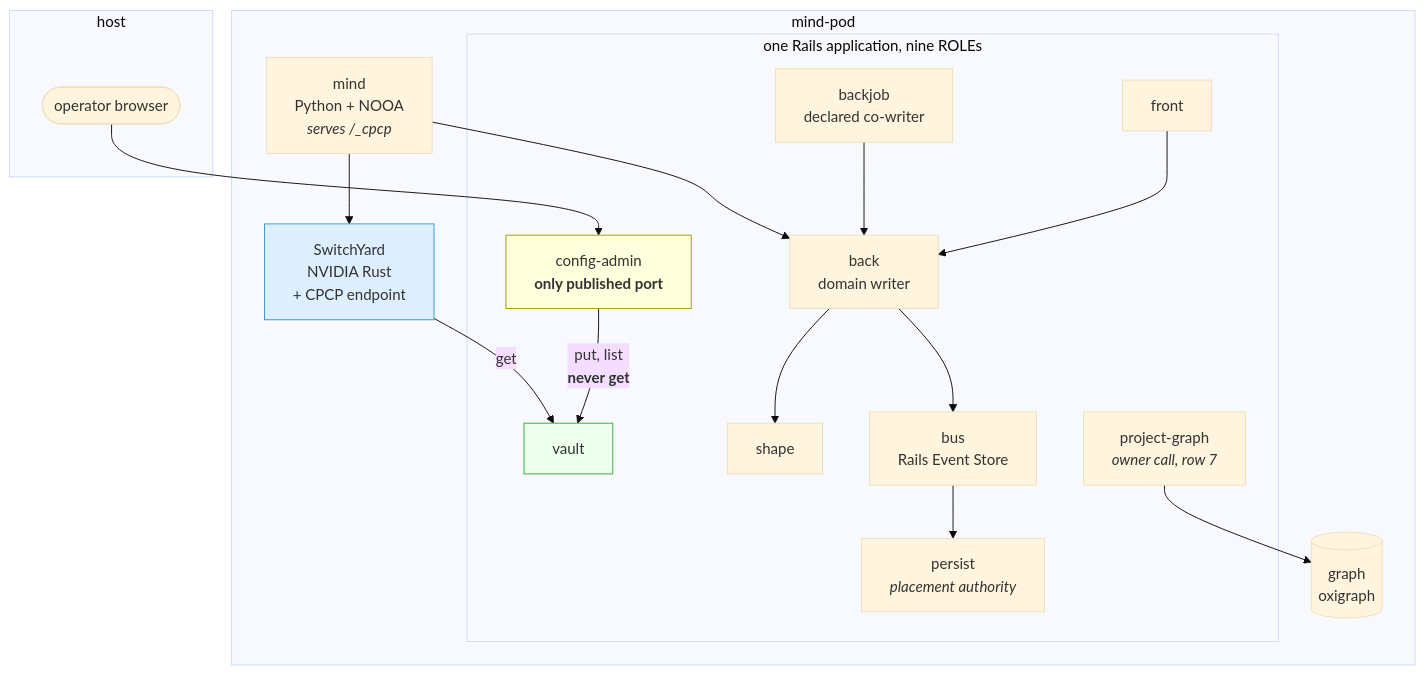
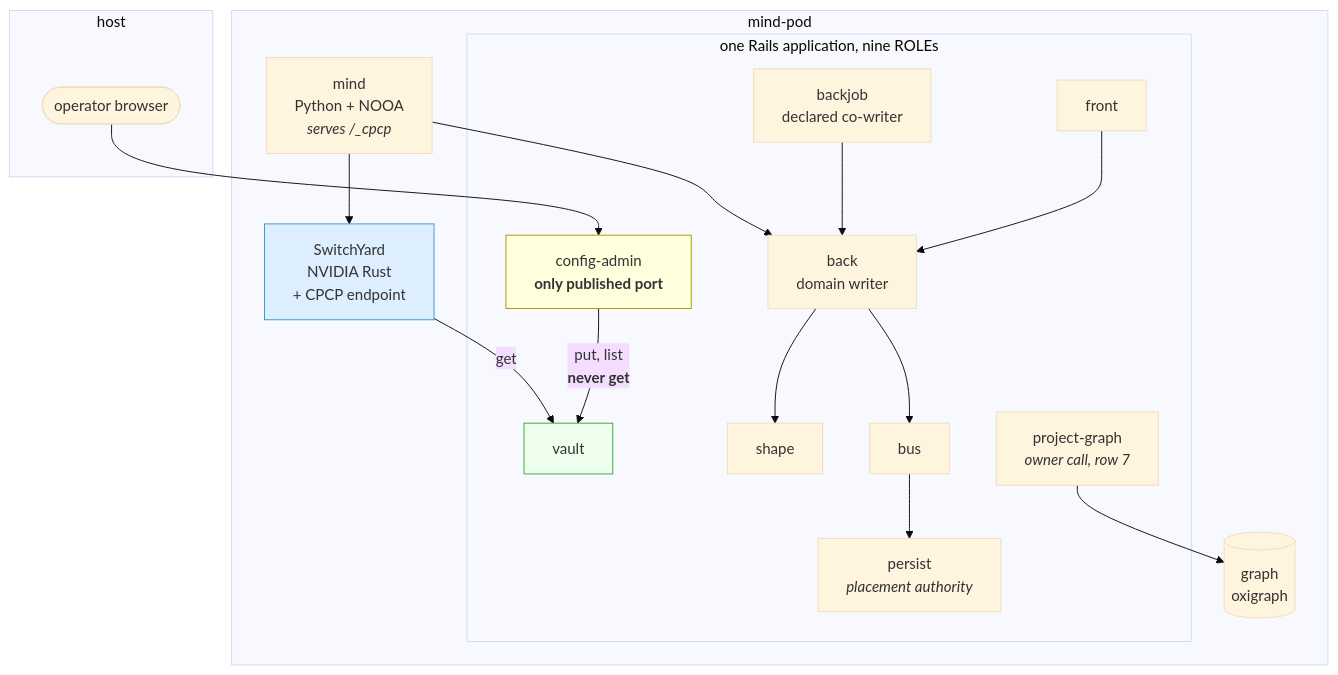
Before and after one commit to laquereric/magentic-stack: the second of 6 diagrams in docs/architecture/ContainerTopology.md, drawn with Mermaid (base theme). The commit also changed other lines of this file and 1 other file, not shown here.

````diff
--- a/docs/architecture/ContainerTopology.md
+++ b/docs/architecture/ContainerTopology.md
@@ -83,37 +84,37 @@
 ```mermaid
 graph TB
   subgraph host["host"]
     H(["operator browser"])
   end
   subgraph pod["mind-pod"]
     subgraph rails["one Rails application, nine ROLEs"]
       CONFIG["config-admin<br/><b>only published port</b>"]
       FRONT["front"]
       BACK["back<br/>domain writer"]
       BACKJOB["backjob<br/>declared co-writer"]
       VAULT["vault"]
       SHAPE["shape"]
       PROJ["project-graph<br/><i>owner call, row 7</i>"]
       PERSIST["persist<br/><i>placement authority</i>"]
-      BUS["bus<br/>Rails Event Store"]
+      BUS["bus"]
     end
     MIND["mind<br/>Python + NOOA<br/><i>serves /_cpcp</i>"]
     SY["SwitchYard<br/>NVIDIA Rust<br/>+ CPCP endpoint"]
     GRAPH[("graph<br/>oxigraph")]
   end
   H --> CONFIG
   CONFIG -->|"put, list<br/><b>never get</b>"| VAULT
   SY -->|"get"| VAULT
   FRONT --> BACK
   BACKJOB --> BACK
   MIND --> BACK
   MIND --> SY
   BACK --> BUS
   BUS --> PERSIST
   PROJ --> GRAPH
   BACK --> SHAPE
 
   style CONFIG fill:#ffd,stroke:#a90
   style VAULT fill:#efe,stroke:#3a3
   style SY fill:#def,stroke:#39c
 ```
````
